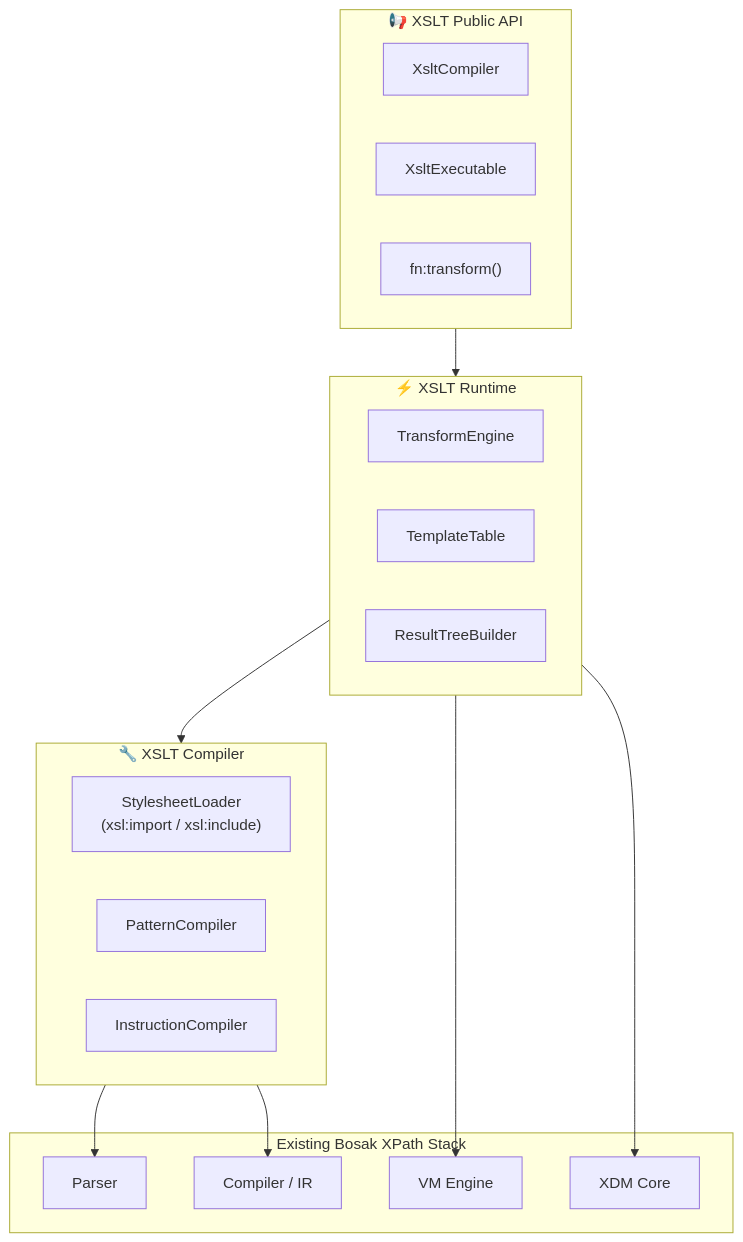
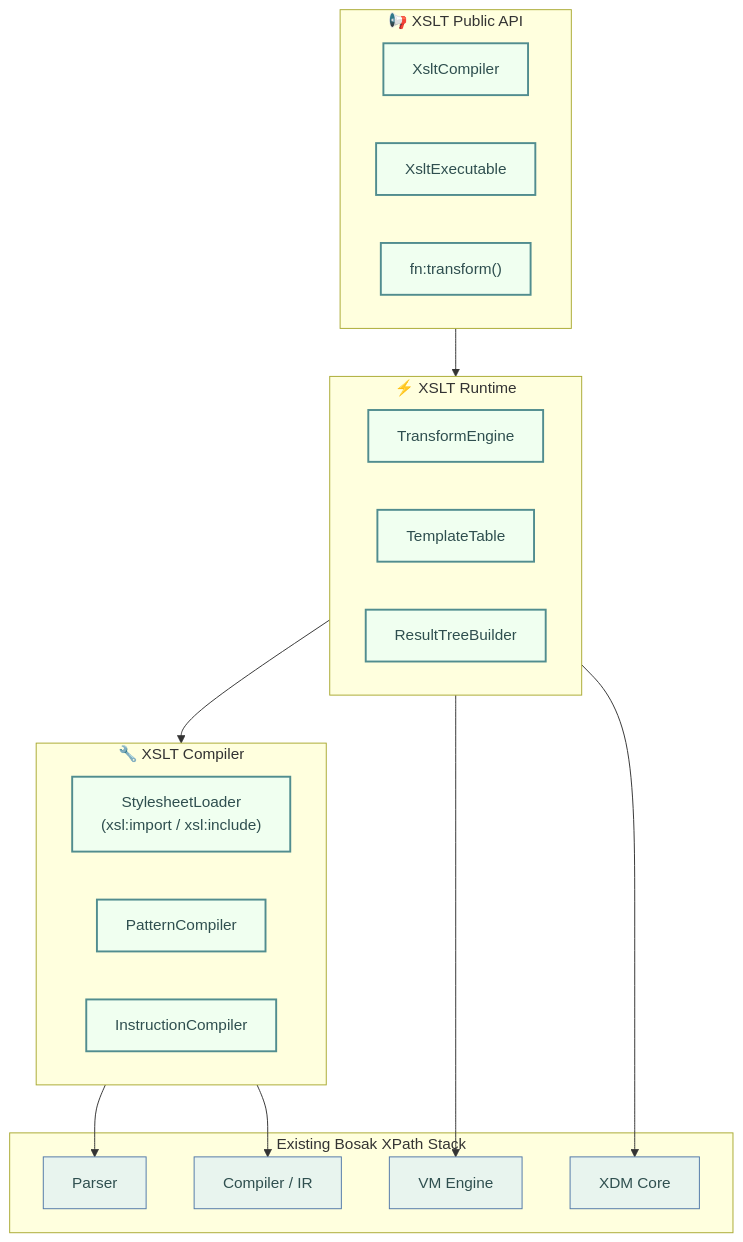
Before and after one commit to Fytala-Charles/Bosak: the fourth of 5 diagrams in docs/ARCHITECTURE.md, drawn with Mermaid. The commit also changed other lines of this file and 23 other files, not shown here.

````diff
--- a/docs/ARCHITECTURE.md
+++ b/docs/ARCHITECTURE.md
@@ -396,34 +414,40 @@
 ```mermaid
 flowchart TB
     subgraph XSLT_API["📢 XSLT Public API"]
         XC["XsltCompiler"]
         XE["XsltExecutable"]
         XT["fn:transform()"]
     end
 
     subgraph XSLT_RT["⚡ XSLT Runtime"]
         TE["TransformEngine"]
         TT["TemplateTable"]
         BRT["ResultTreeBuilder"]
     end
 
     subgraph XSLT_CP["🔧 XSLT Compiler"]
         SL["StylesheetLoader<br/>(xsl:import / xsl:include)"]
         PC["PatternCompiler"]
         IC["InstructionCompiler"]
     end
 
     subgraph XPATH["Existing Bosak XPath Stack"]
         P["Parser"]
         C["Compiler / IR"]
         V["VM Engine"]
         X["XDM Core"]
     end
 
     XSLT_API --> XSLT_RT
     XSLT_RT --> XSLT_CP
     XSLT_CP --> P
     XSLT_CP --> C
     XSLT_RT --> V
     XSLT_RT --> X
+
+    classDef current fill:#F0FFF0,stroke:#518D8F,color:#2F4F4F,stroke-width:2px
+    classDef platform fill:#E8F4EE,stroke:#5178A8,color:#2F4F4F
+
+    class XC,XE,XT,TE,TT,BRT,SL,PC,IC current
+    class P,C,V,X platform
 ```
````
